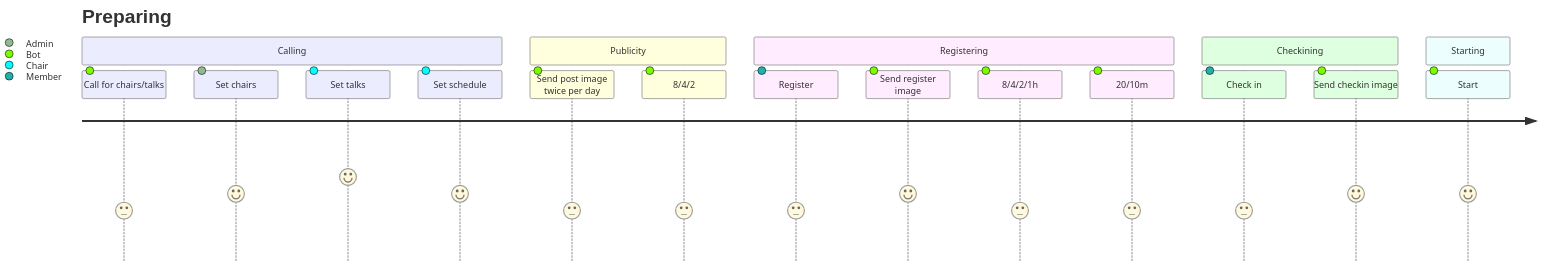
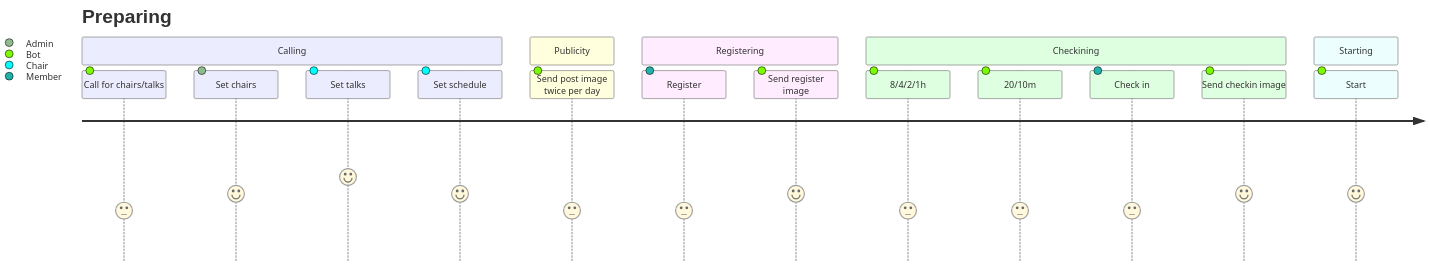
The fifth of 15 diagrams in README.md (wechaty/bot5-assistant), drawn with Mermaid before and after one commit. The commit also changed other lines of this file, not shown here.

Commit message:
clean mermaid diagram

````diff
--- a/README.md
+++ b/README.md
@@ -56,22 +56,21 @@
 ```mermaid
 journey
   title Preparing
   section Calling
     Call for chairs/talks: 3: Bot
     Set chairs: 4: Admin
     Set talks: 5: Chair
     Set schedule: 4: Chair
   section Publicity
     Send post image twice per day: 3: Bot
-    8/4/2: 3: Bot
   section Registering
     Register: 3: Member
     Send register image: 4: Bot
+  section Checkining
     8/4/2/1h: 3: Bot
     20/10m: 3: Bot
-  section Checkining
     Check in: 3: Member
     Send checkin image: 4: Bot
   section Starting
     Start: 4: Bot
 ```
````
